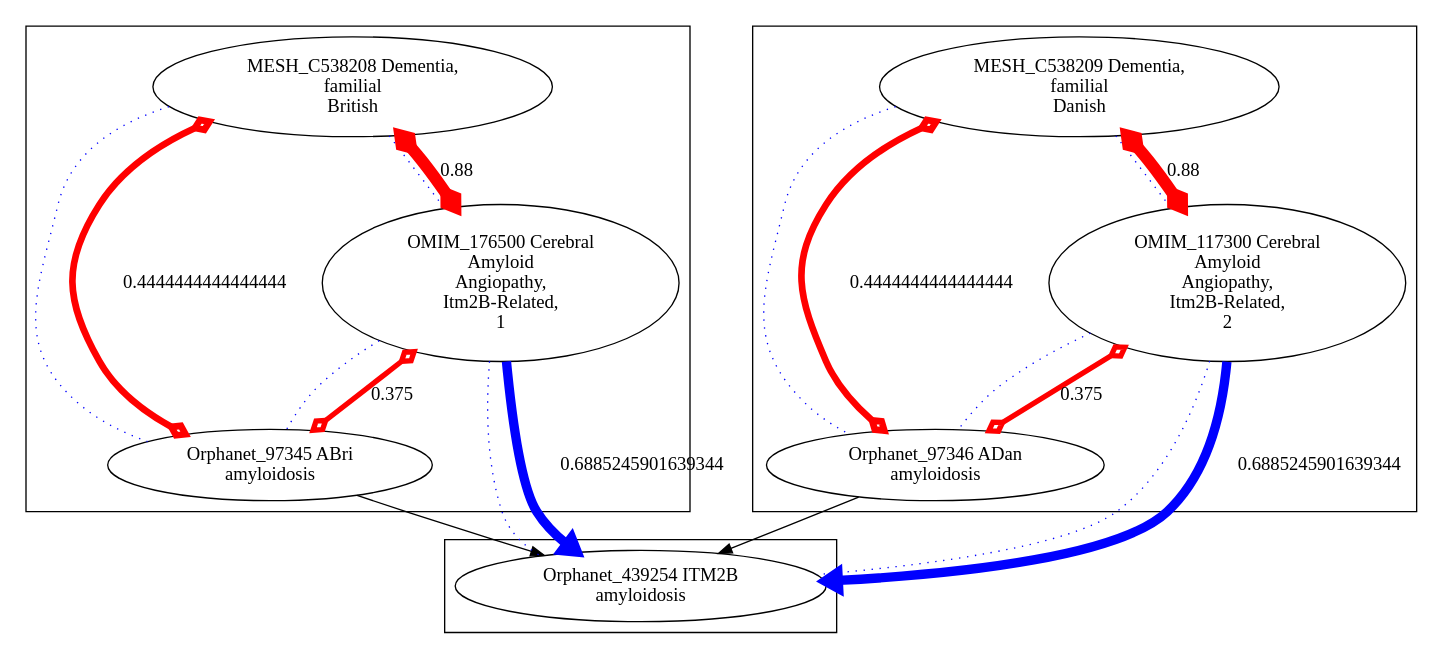
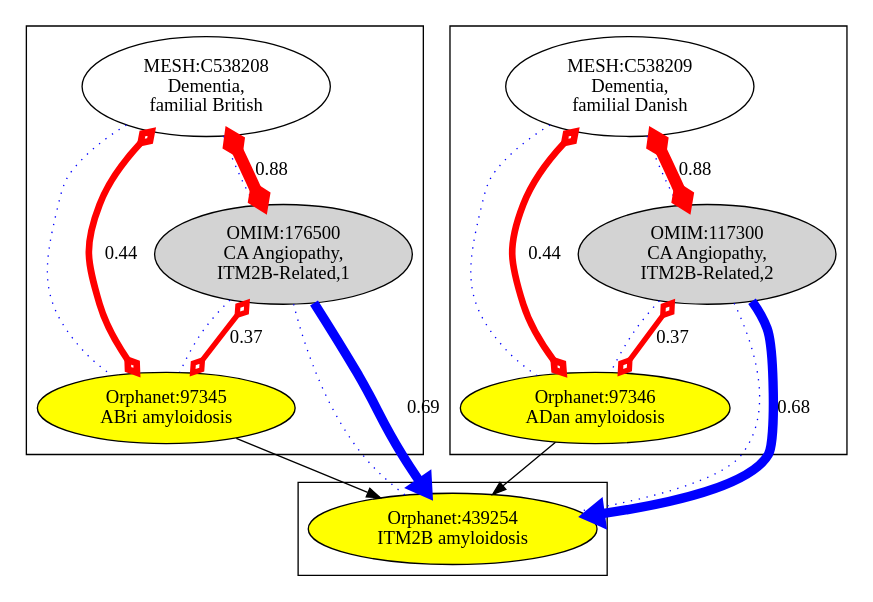
The diagram in amyloidosis.dot (cmungall/kboom-paper), drawn with Graphviz before and after one commit. The commit also changed 7 other files, not shown here.

First line of the commit message:
issue #6 Figure 2: I don’t see what, other than confusing clutter, is gained from giving prior probabilities with more than 2 significant digits, let alone > 10 decimal places. -- fixed

```diff
--- a/amyloidosis.dot
+++ b/amyloidosis.dot
@@ -1,59 +1,55 @@
 digraph cliquegraph {
-subgraph cluster_Orphanet_439254 {Orphanet_439254 [ label="Orphanet_439254 ITM2B
-amyloidosis" ];}
+subgraph cluster_Orphanet_439254 {Orphanet_439254 [ style="filled" fillcolor="yellow" label="Orphanet:439254
+ITM2B amyloidosis" ];}
 
-subgraph cluster_Orphanet_97345 {Orphanet_97345 [ label="Orphanet_97345 ABri
-amyloidosis" ];
-MESH_C538208 [ label="MESH_C538208 Dementia,
-familial
-British" ];
-OMIM_176500 [ label="OMIM_176500 Cerebral
-Amyloid
-Angiopathy,
-Itm2B-Related,
-1" ];}
+subgraph cluster_Orphanet_97345 {Orphanet_97345 [ style="filled" fillcolor="yellow" label="Orphanet:97345
+ABri amyloidosis" ];
+MESH_C538208 [ label="MESH:C538208
+Dementia,
+familial British" ];
+OMIM_176500 [ style="filled" fillcolor="lightgray" label="OMIM:176500
+CA Angiopathy,
+ITM2B-Related,1" ];}
 
-subgraph cluster_MESH_C538209 {MESH_C538209 [ label="MESH_C538209 Dementia,
-familial
-Danish" ];
-OMIM_117300 [ label="OMIM_117300 Cerebral
-Amyloid
-Angiopathy,
-Itm2B-Related,
-2" ];
-Orphanet_97346 [ label="Orphanet_97346 ADan
-amyloidosis" ];}
+subgraph cluster_MESH_C538209 {MESH_C538209 [ label="MESH:C538209
+Dementia,
+familial Danish" ];
+OMIM_117300 [ style="filled" fillcolor="lightgray" label="OMIM:117300
+CA Angiopathy,
+ITM2B-Related,2" ];
+Orphanet_97346 [ style="filled" fillcolor="yellow" label="Orphanet:97346
+ADan amyloidosis" ];}
 Orphanet_97345 -> Orphanet_439254 [ arrowhead = normal, penwidth=1, color=black, label="", style=solid]
 
 Orphanet_97346 -> Orphanet_439254 [ arrowhead = normal, penwidth=1, color=black, label="", style=solid]
 OMIM_117300 -> Orphanet_97346 [ arrowhead = none, penwidth=1, color=blue, label="", style=dotted]
 
 MESH_C538209 -> OMIM_117300 [ arrowhead = none, penwidth=1, color=blue, label="", style=dotted]
 
 MESH_C538208 -> OMIM_176500 [ arrowhead = none, penwidth=1, color=blue, label="", style=dotted]
 
 OMIM_117300 -> Orphanet_439254 [ arrowhead = none, penwidth=1, color=blue, label="", style=dotted]
 
 OMIM_176500 -> Orphanet_439254 [ arrowhead = none, penwidth=1, color=blue, label="", style=dotted]
 
 MESH_C538208 -> Orphanet_97345 [ arrowhead = none, penwidth=1, color=blue, label="", style=dotted]
 
 MESH_C538209 -> Orphanet_97346 [ arrowhead = none, penwidth=1, color=blue, label="", style=dotted]
 
 OMIM_176500 -> Orphanet_97345 [ arrowhead = none, penwidth=1, color=blue, label="", style=dotted]
-OMIM_117300 -> Orphanet_97346 [ arrowhead = ediamond, penwidth=4, color=red, label="0.375", style=solid, arrowtail=ediamond, dir=both]
+OMIM_117300 -> Orphanet_97346 [ arrowhead = ediamond, penwidth=4, color=red, label="0.37", style=solid, arrowtail=ediamond, dir=both]
 
 MESH_C538209 -> OMIM_117300 [ arrowhead = ediamond, penwidth=9, color=red, label="0.88", style=solid, arrowtail=ediamond, dir=both]
 
-OMIM_117300 -> Orphanet_439254 [ arrowhead = normal, penwidth=7, color=blue, label="0.6885245901639344", style=solid]
+OMIM_117300 -> Orphanet_439254 [ arrowhead = normal, penwidth=7, color=blue, label="0.68", style=solid]
 
-MESH_C538208 -> Orphanet_97345 [ arrowhead = ediamond, penwidth=5, color=red, label="0.4444444444444444", style=solid, arrowtail=ediamond, dir=both]
+MESH_C538208 -> Orphanet_97345 [ arrowhead = ediamond, penwidth=5, color=red, label="0.44", style=solid, arrowtail=ediamond, dir=both]
 
-MESH_C538209 -> Orphanet_97346 [ arrowhead = ediamond, penwidth=5, color=red, label="0.4444444444444444", style=solid, arrowtail=ediamond, dir=both]
+MESH_C538209 -> Orphanet_97346 [ arrowhead = ediamond, penwidth=5, color=red, label="0.44", style=solid, arrowtail=ediamond, dir=both]
 
 MESH_C538208 -> OMIM_176500 [ arrowhead = ediamond, penwidth=9, color=red, label="0.88", style=solid, arrowtail=ediamond, dir=both]
 
-OMIM_176500 -> Orphanet_97345 [ arrowhead = ediamond, penwidth=4, color=red, label="0.375", style=solid, arrowtail=ediamond, dir=both]
+OMIM_176500 -> Orphanet_97345 [ arrowhead = ediamond, penwidth=4, color=red, label="0.37", style=solid, arrowtail=ediamond, dir=both]
 
-OMIM_176500 -> Orphanet_439254 [ arrowhead = normal, penwidth=7, color=blue, label="0.6885245901639344", style=solid]
+OMIM_176500 -> Orphanet_439254 [ arrowhead = normal, penwidth=7, color=blue, label="0.69", style=solid]
 }
```
